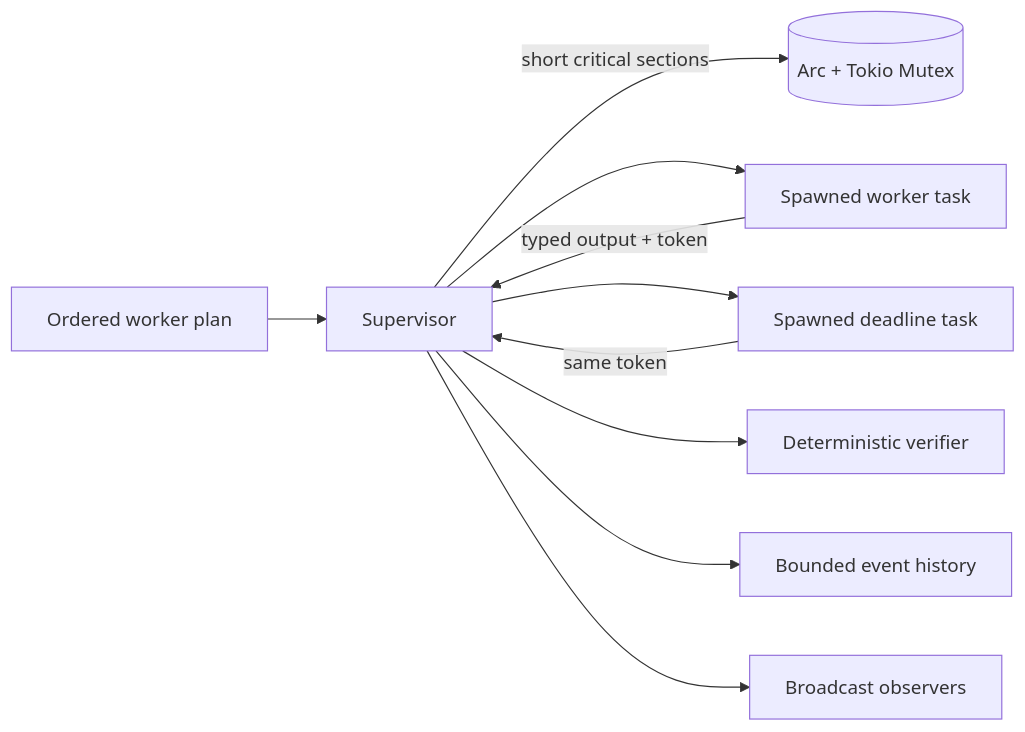
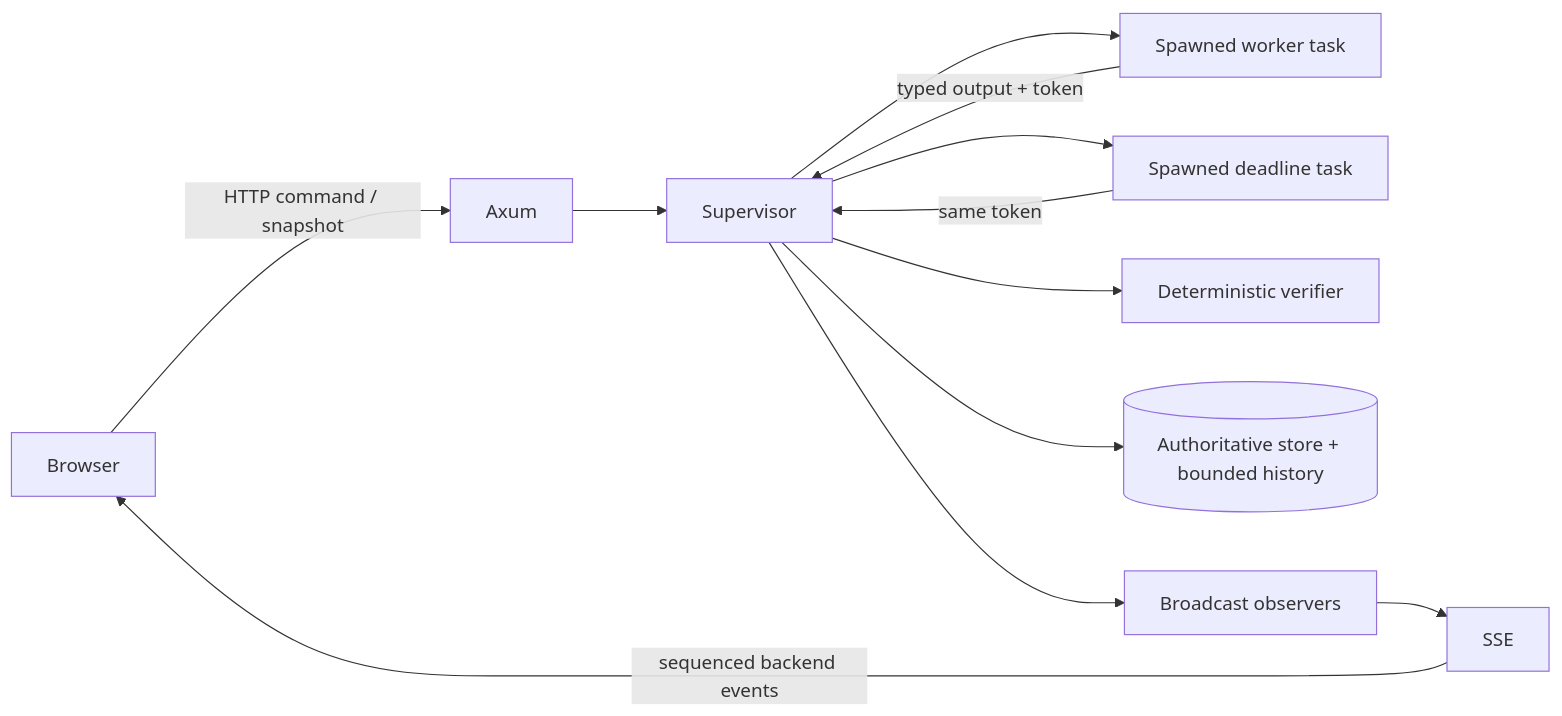
The first of 4 diagrams in docs/ARCHITECTURE.md (0takuc0mrade/Meld), drawn with Mermaid before and after one commit. The commit also changed other lines of this file and 4 other files, not shown here.

Commit message:
docs: record Phase 2 architecture and security review

````diff
--- a/docs/ARCHITECTURE.md
+++ b/docs/ARCHITECTURE.md
@@ -18,12 +18,14 @@
 ```mermaid
 flowchart LR
-    Plan[Ordered worker plan] --> Supervisor
-    Supervisor -->|short critical sections| Store[(Arc + Tokio Mutex)]
+    Browser[Browser] -->|HTTP command / snapshot| Axum
+    Axum --> Supervisor
     Supervisor --> WorkerTask[Spawned worker task]
     Supervisor --> DeadlineTask[Spawned deadline task]
     WorkerTask -->|typed output + token| Supervisor
     DeadlineTask -->|same token| Supervisor
     Supervisor --> Verifier[Deterministic verifier]
-    Supervisor --> History[Bounded event history]
+    Supervisor --> Store[(Authoritative store + bounded history)]
     Supervisor --> Broadcast[Broadcast observers]
+    Broadcast --> SSE
+    SSE -->|sequenced backend events| Browser
 ```
````
